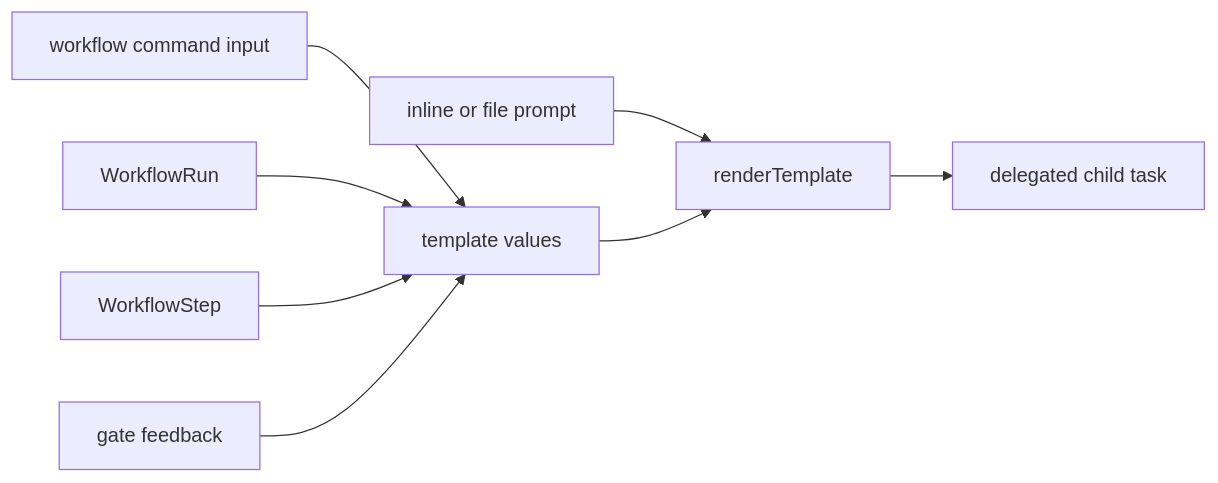
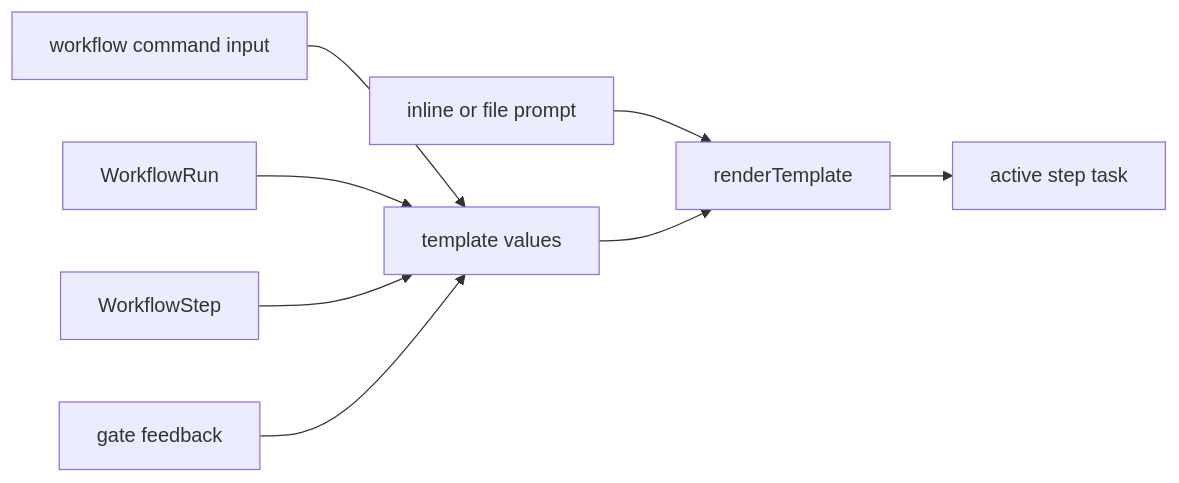
Before and after one commit to wichayutdew/pi-workflows: the third of 7 diagrams in openwiki/authoring/workflow-files.md, drawn with Mermaid. The commit also changed other lines of this file and 84 other files, not shown here.

````diff
--- a/openwiki/authoring/workflow-files.md
+++ b/openwiki/authoring/workflow-files.md
@@ -72,10 +67,10 @@
 ```mermaid
 flowchart LR
   Input[workflow command input] --> Values[template values]
   Run[WorkflowRun] --> Values
   Step[WorkflowStep] --> Values
   Gate[gate feedback] --> Values
   Prompt[inline or file prompt] --> Render[renderTemplate]
   Values --> Render
-  Render --> Task[delegated child task]
+  Render --> Task[active step task]
 ```
````
